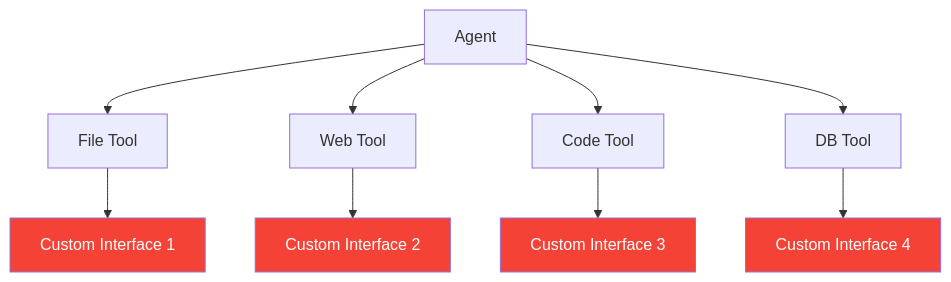
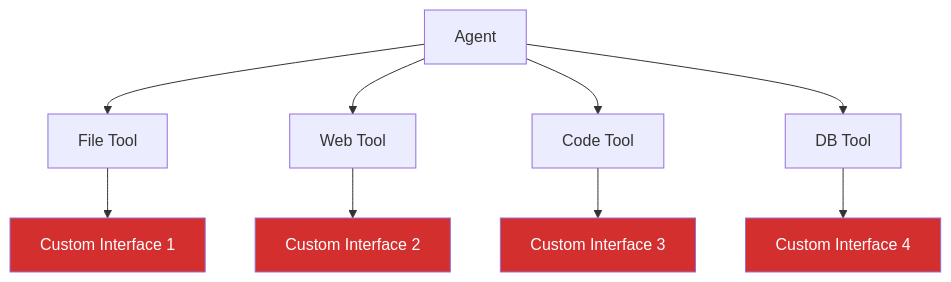
One commit to fwornle/agentic-ai-nano changed the fifth of 15 diagrams in docs-content/01_frameworks/Session1_ModuleD_Coding_Assistant_Case_Study.md. Above: the diagram before and after it, drawn with Mermaid. The commit also changed other lines of this file, not shown here.

````diff
--- a/docs-content/01_frameworks/Session1_ModuleD_Coding_Assistant_Case_Study.md
+++ b/docs-content/01_frameworks/Session1_ModuleD_Coding_Assistant_Case_Study.md
@@ -344,17 +344,17 @@
 ```mermaid
 graph TD
     A[Agent] --> T1[File Tool]
     A --> T2[Web Tool] 
     A --> T3[Code Tool]
     A --> T4[DB Tool]
     
     T1 --> F1[Custom Interface 1]
     T2 --> F2[Custom Interface 2] 
     T3 --> F3[Custom Interface 3]
     T4 --> F4[Custom Interface 4]
     
-    style F1 fill:#F44336,color:#ffffff
-    style F2 fill:#F44336,color:#ffffff
-    style F3 fill:#F44336,color:#ffffff
-    style F4 fill:#F44336,color:#ffffff
+    style F1 fill:#D32F2F,color:#ffffff
+    style F2 fill:#D32F2F,color:#ffffff
+    style F3 fill:#D32F2F,color:#ffffff
+    style F4 fill:#D32F2F,color:#ffffff
 ```
````
